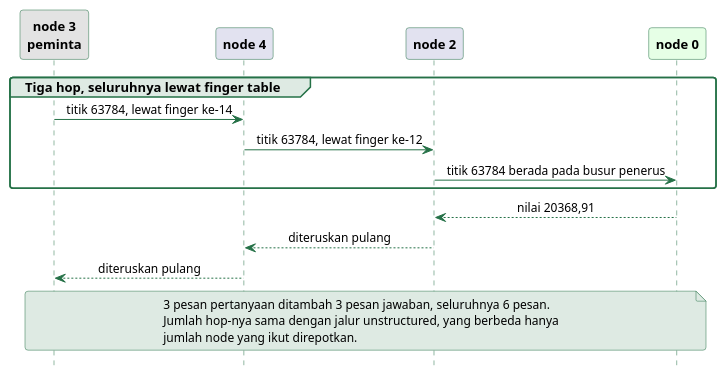
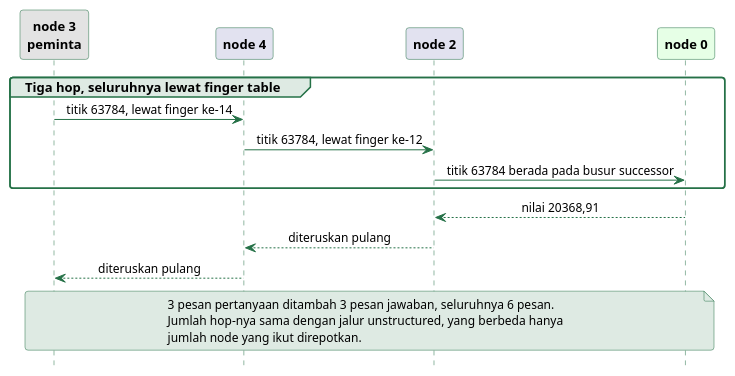
Before and after one commit to alfa-yohannis/software-architecture: the diagram in sources/chapter07/diagram/sekuens-p2p-structured.puml, drawn with PlantUML. The commit also changed other lines of this file and 20 other files, not shown here.

```diff
--- a/sources/chapter07/diagram/sekuens-p2p-structured.puml
+++ b/sources/chapter07/diagram/sekuens-p2p-structured.puml
@@ -13,49 +13,49 @@
 @startuml
 skinparam backgroundColor transparent
 skinparam defaultFontName Titillium Web
 skinparam defaultFontSize 13
 skinparam shadowing false
 skinparam roundCorner 6
 skinparam sequenceMessageAlignment center
 skinparam sequence {
   ArrowColor #257147
   ArrowFontSize 12
   LifeLineBorderColor #257147
   LifeLineBackgroundColor #DEEAE3
   ParticipantBorderColor #257147
   ParticipantFontColor black
   ParticipantFontSize 13
   ParticipantFontStyle bold
   GroupBackgroundColor #DEEAE3
   GroupBorderColor #257147
   DividerBackgroundColor #DEEAE3
   DividerBorderColor #257147
 }
 skinparam note {
   BackgroundColor #DEEAE3
   BorderColor #257147
   FontSize 12
 }
 hide footbox
 
 participant "node 3\npeminta" as P3 #E3E3E3
 participant "node 4" as P4
 participant "node 2" as P2
 participant "node 0" as P0 #E6FFE6
 
 group Tiga hop, seluruhnya lewat finger table
   P3 -> P4 : titik 63784, lewat finger ke-14
   P4 -> P2 : titik 63784, lewat finger ke-12
-  P2 -> P0 : titik 63784 berada pada busur penerus
+  P2 -> P0 : titik 63784 berada pada busur successor
 end
 
 P0 --> P2 : nilai 20368,91
 P2 --> P4 : diteruskan pulang
 P4 --> P3 : diteruskan pulang
 
 note over P3, P0
   3 pesan pertanyaan ditambah 3 pesan jawaban, seluruhnya 6 pesan.
   Jumlah hop-nya sama dengan jalur unstructured, yang berbeda hanya
   jumlah node yang ikut direpotkan.
 end note
 @enduml
```
